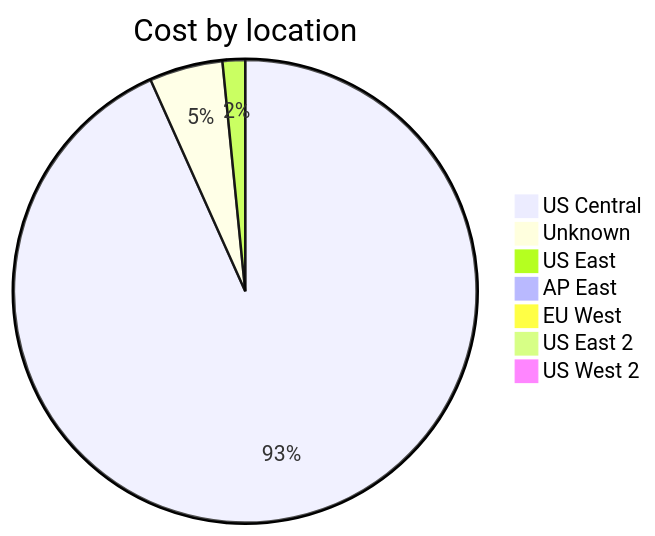
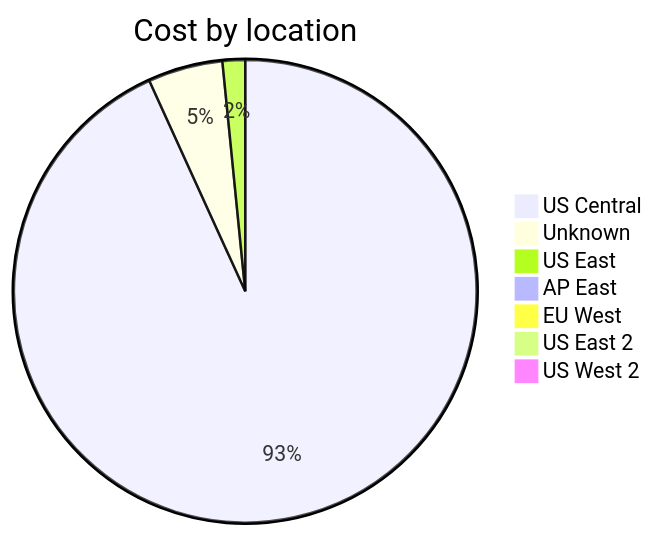
One commit to jpfulton/azure-personal-reports changed the third of 4 diagrams in cost-reports/accumulated-cost.md. Above: the diagram before and after it, drawn with Mermaid. The commit also changed other lines of this file and 4 other files, not shown here.

````diff
--- a/cost-reports/accumulated-cost.md
+++ b/cost-reports/accumulated-cost.md
@@ -123,11 +123,11 @@
 ```mermaid
 pie
    title Cost by location
-   "US Central" : 7.10
-   "Unknown" : 0.39
-   "US East" : 0.12
+   "US Central" : 7.67
+   "Unknown" : 0.43
+   "US East" : 0.13
    "AP East" : 0.00
    "EU West" : 0.00
    "US East 2" : 0.00
    "US West 2" : 0.00
 ```
````
